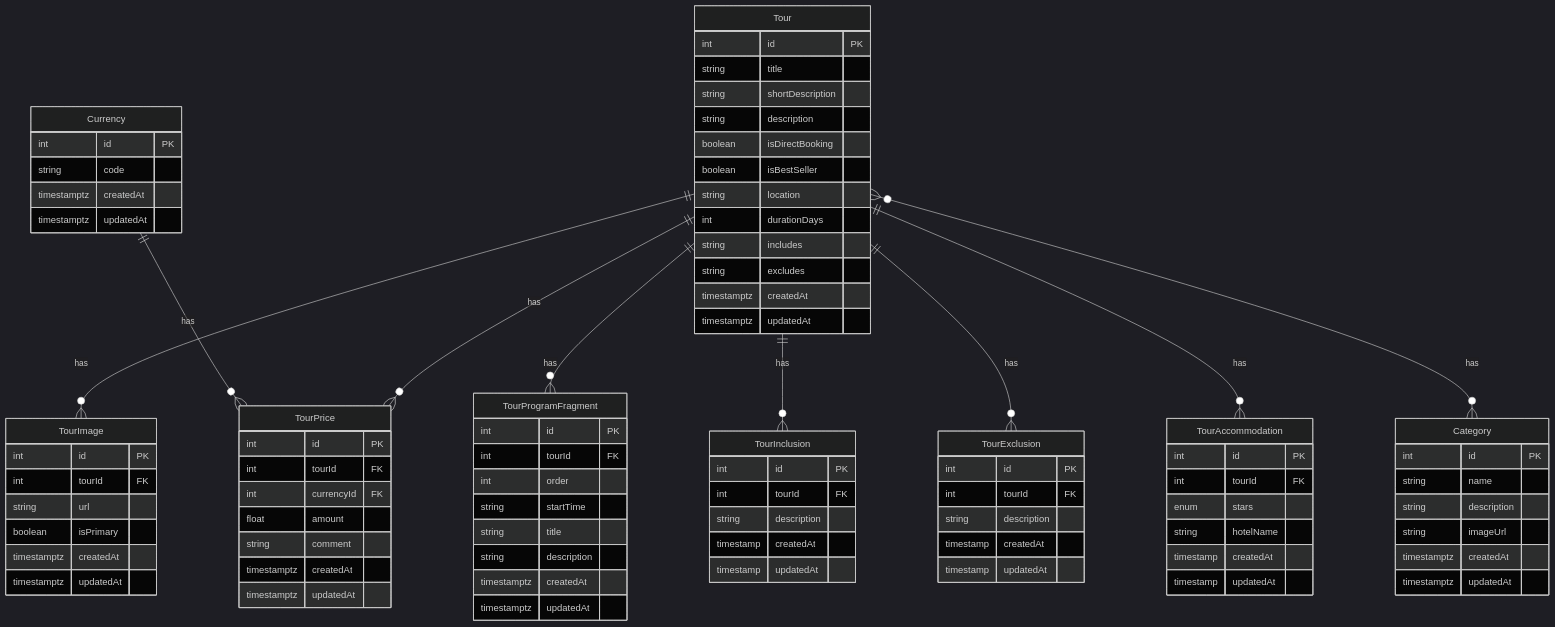
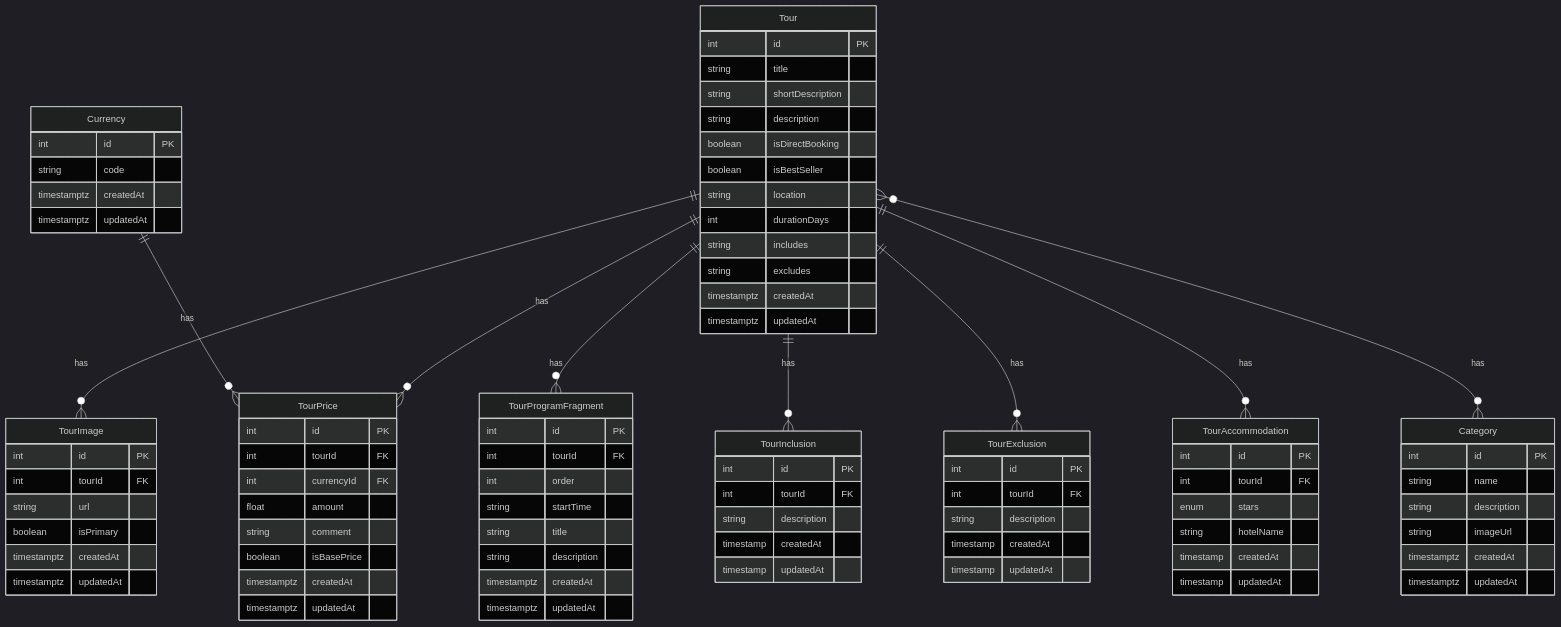
One commit to ReddyWish/travel-aspect-api changed the diagram in data-structure.mermaid. Above: the diagram before and after it, drawn with Mermaid (dark theme). The commit also changed 8 other files, not shown here.

Commit message:
Add new filed isBasePrice to resolvers

```diff
--- a/data-structure.mermaid
+++ b/data-structure.mermaid
@@ -1,95 +1,96 @@
 erDiagram
     Tour ||--o{ TourImage : has
     Tour ||--o{ TourProgramFragment : has
     Tour ||--o{ TourPrice : has
     Tour ||--o{ TourInclusion : has
     Tour ||--o{ TourExclusion : has
     Tour ||--o{ TourAccommodation : has
     Tour }o--o{ Category : has
     Currency ||--o{ TourPrice : has
 
     Tour {
         int id PK
         string title
         string shortDescription
         string description
         boolean isDirectBooking
         boolean isBestSeller
         string location
         int durationDays
         string includes
         string excludes
         timestamptz createdAt
         timestamptz updatedAt
     }
 
     TourAccommodation {
         int id PK
         int tourId FK
         enum stars
         string hotelName
         timestamp createdAt
         timestamp updatedAt
     }
 
     TourInclusion {
         int id PK
         int tourId FK
         string description
         timestamp createdAt
         timestamp updatedAt
     }
 
     TourExclusion {
         int id PK
         int tourId FK
         string description
         timestamp createdAt
         timestamp updatedAt
     }
 
     TourImage {
         int id PK
         int tourId FK
         string url
         boolean isPrimary
         timestamptz createdAt
         timestamptz updatedAt
     }
 
     TourProgramFragment {
         int id PK
         int tourId FK
         int order
         string startTime
         string title
         string description
         timestamptz createdAt
         timestamptz updatedAt
     }
 
     Category {
         int id PK
         string name
         string description
         string imageUrl
         timestamptz createdAt
         timestamptz updatedAt
     }
 
     TourPrice {
         int id PK
         int tourId FK
         int currencyId FK
         float amount
         string comment
+        boolean isBasePrice
         timestamptz createdAt
         timestamptz updatedAt
     }
 
     Currency {
         int id PK
         string code
         timestamptz createdAt
         timestamptz updatedAt
     }
```
